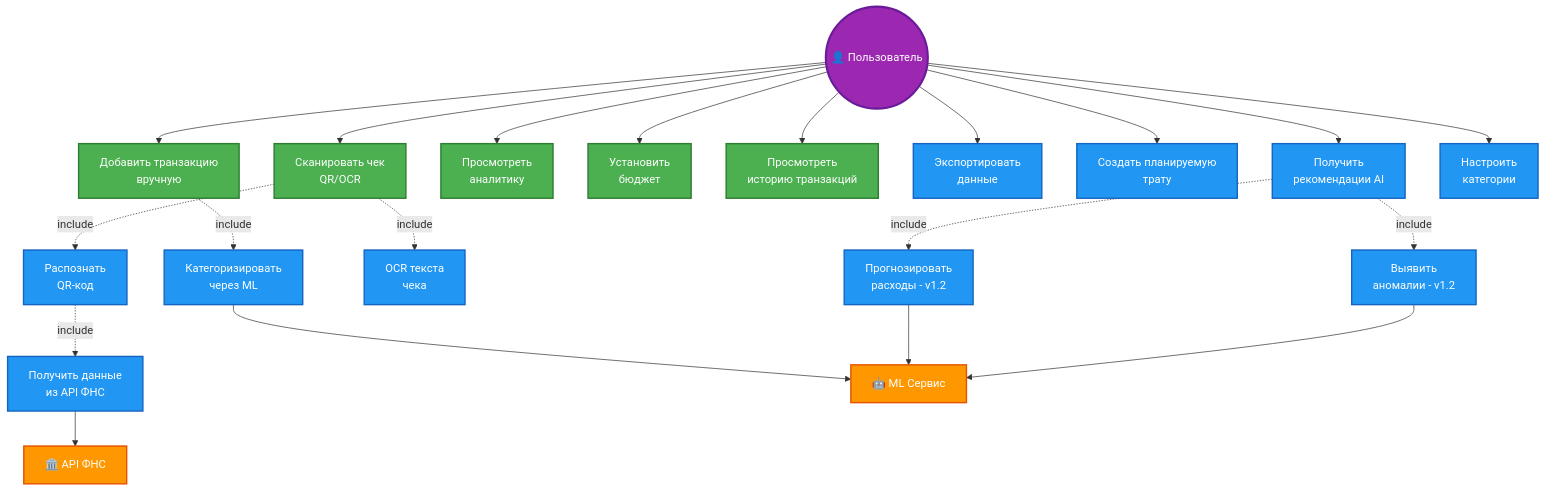
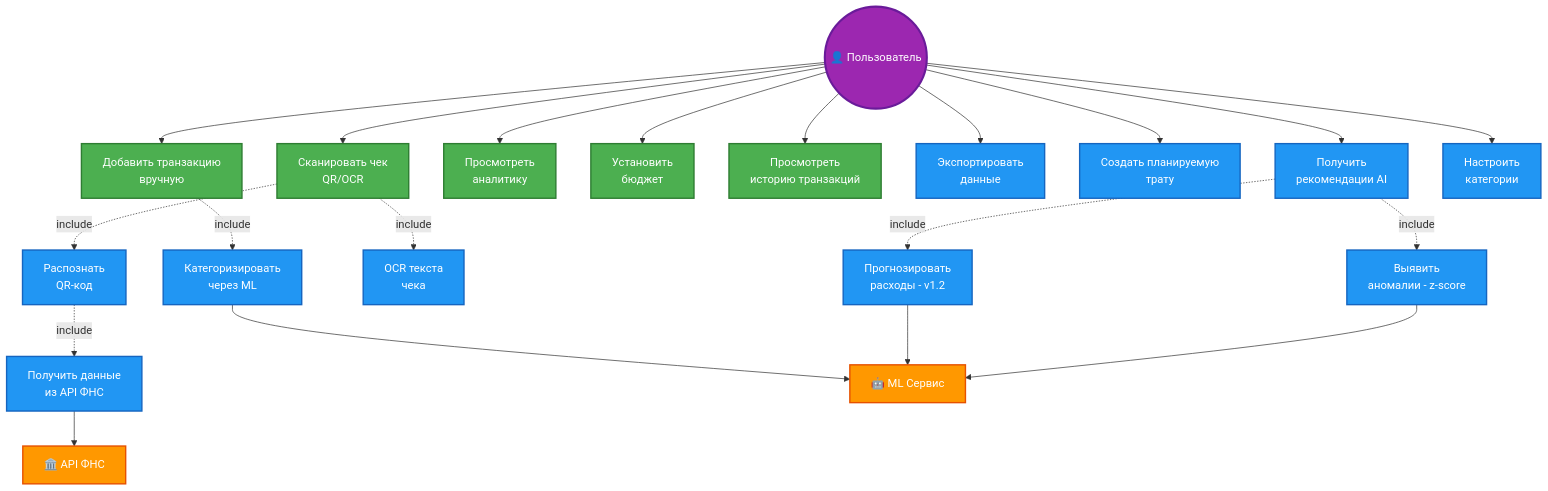
Before and after one commit to LiebeBleck/FinWise_v2: the fourth of 14 diagrams in README.md, drawn with Mermaid. The commit also changed other lines of this file, not shown here.

````diff
--- a/README.md
+++ b/README.md
@@ -246,65 +253,65 @@
 ```mermaid
 graph TB
     %% Актор
     User((👤 Пользователь))
 
     %% Основные прецеденты
     UC1[Добавить транзакцию<br/>вручную]
     UC2[Сканировать чек<br/>QR/OCR]
     UC3[Просмотреть<br/>аналитику]
     UC4[Установить<br/>бюджет]
     UC5[Просмотреть<br/>историю транзакций]
     UC6[Экспортировать<br/>данные]
     UC7[Создать планируемую<br/>трату]
     UC8[Получить<br/>рекомендации AI]
     UC9[Настроить<br/>категории]
 
     %% Дополнительные прецеденты (включения)
     UC10[Категоризировать<br/>через ML]
     UC11[Распознать<br/>QR-код]
     UC12[OCR текста<br/>чека]
     UC13[Получить данные<br/>из API ФНС]
     UC14[Прогнозировать<br/>расходы - v1.2]
-    UC15[Выявить<br/>аномалии - v1.2]
+    UC15[Выявить<br/>аномалии - z-score]
 
     %% Внешние системы
     ML[🤖 ML Сервис]
     FNS[🏛️ API ФНС]
 
     %% Связи пользователя с прецедентами
     User --> UC1
     User --> UC2
     User --> UC3
     User --> UC4
     User --> UC5
     User --> UC6
     User --> UC7
     User --> UC8
     User --> UC9
 
     %% Связи включения (include)
     UC1 -.include.-> UC10
     UC2 -.include.-> UC11
     UC2 -.include.-> UC12
     UC11 -.include.-> UC13
     UC8 -.include.-> UC14
     UC8 -.include.-> UC15
 
     %% Связи с внешними системами
     UC10 --> ML
     UC13 --> FNS
     UC14 --> ML
     UC15 --> ML
 
     %% Стилизация
     classDef primary fill:#4CAF50,stroke:#2E7D32,stroke-width:2px,color:#fff
     classDef secondary fill:#2196F3,stroke:#1565C0,stroke-width:2px,color:#fff
     classDef system fill:#FF9800,stroke:#E65100,stroke-width:2px,color:#fff
     classDef actor fill:#9C27B0,stroke:#6A1B9A,stroke-width:3px,color:#fff
 
     class UC1,UC2,UC3,UC4,UC5 primary
     class UC6,UC7,UC8,UC9 secondary
     class UC10,UC11,UC12,UC13,UC14,UC15 secondary
     class ML,FNS system
     class User actor
 ```
````
